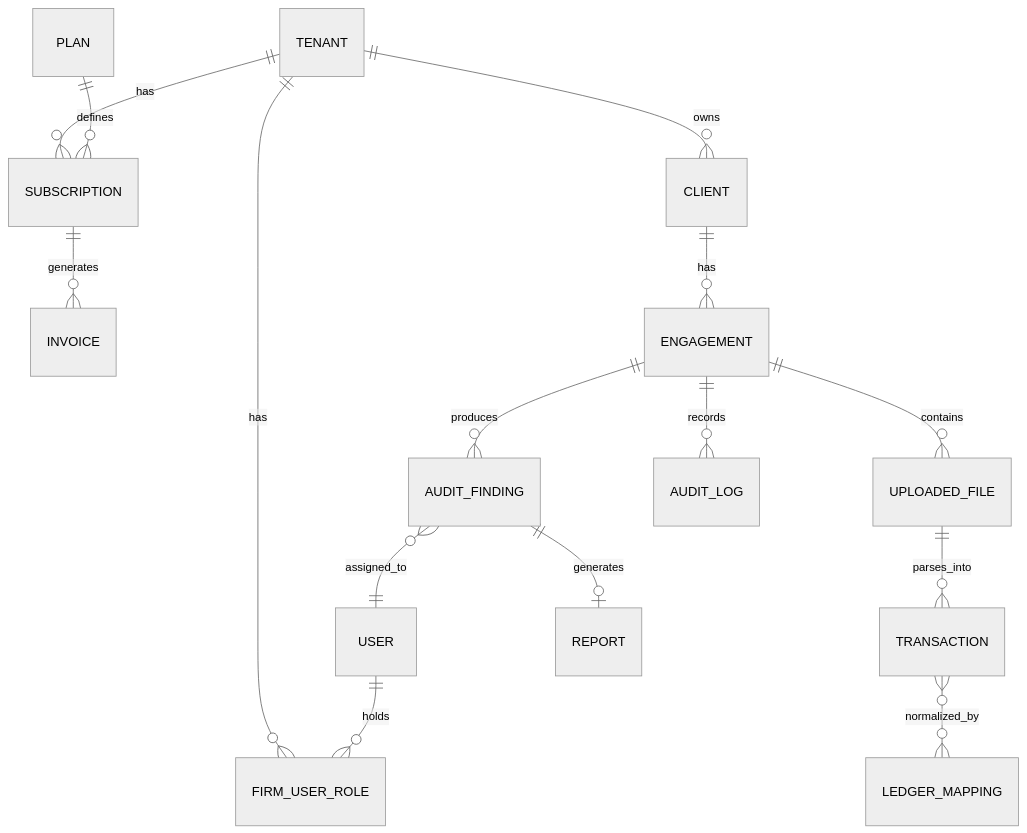
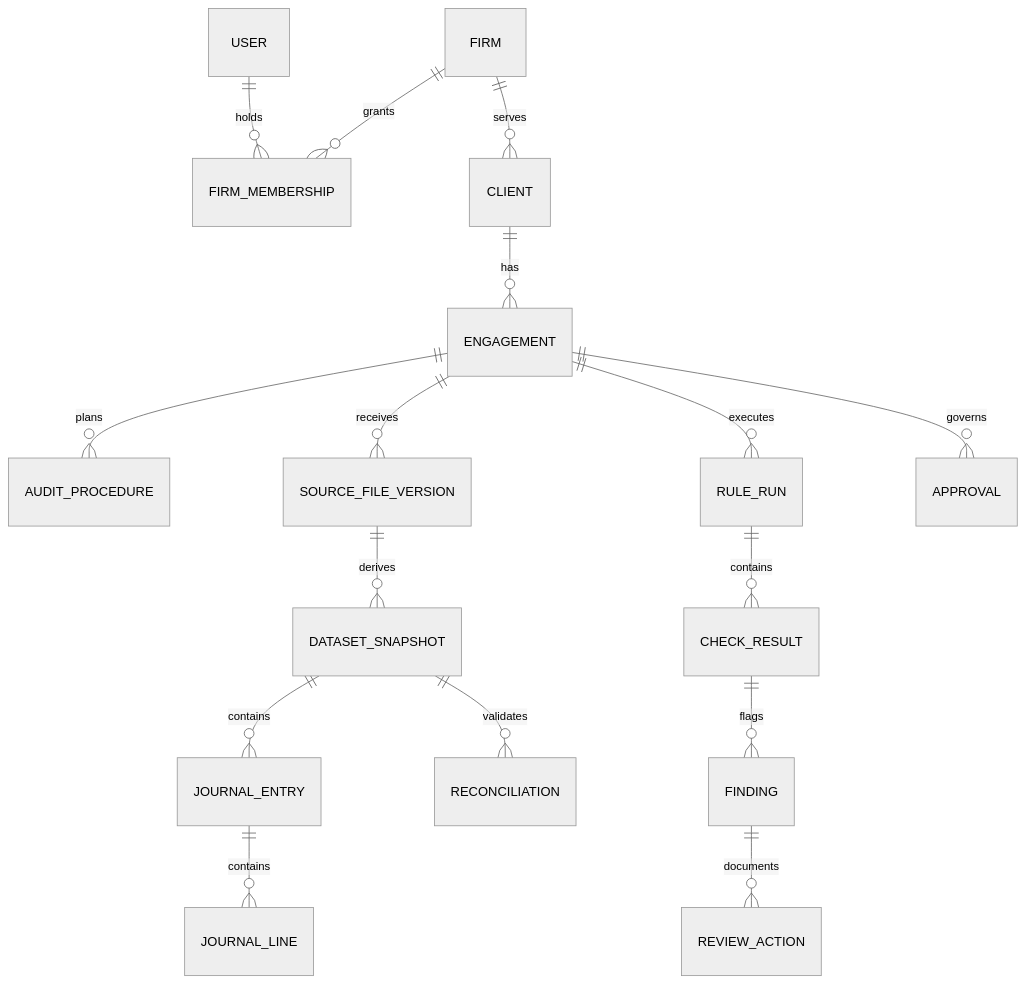
Before and after one commit to alokrathava/audit-intelligence-docs-site: the diagram in docs/architecture/data-model.md, drawn with Mermaid (neutral theme). The commit also changed other lines of this file and 32 other files, not shown here.

Commit message:
docs: complete Audit Intelligence case study and resolve architectural contradictions

````diff
--- a/docs/architecture/data-model.md
+++ b/docs/architecture/data-model.md
@@ -30,17 +23,18 @@
 ```mermaid
 erDiagram
-    TENANT ||--o{ SUBSCRIPTION : has
-    TENANT ||--o{ FIRM_USER_ROLE : has
-    USER ||--o{ FIRM_USER_ROLE : holds
-    PLAN ||--o{ SUBSCRIPTION : defines
-    SUBSCRIPTION ||--o{ INVOICE : generates
-    TENANT ||--o{ CLIENT : owns
-    CLIENT ||--o{ ENGAGEMENT : has
-    ENGAGEMENT ||--o{ UPLOADED_FILE : contains
-    UPLOADED_FILE ||--o{ TRANSACTION : parses_into
-    TRANSACTION }o--o{ LEDGER_MAPPING : normalized_by
-    ENGAGEMENT ||--o{ AUDIT_FINDING : produces
-    AUDIT_FINDING ||--o| REPORT : generates
-    AUDIT_FINDING }o--|| USER : assigned_to
-    ENGAGEMENT ||--o{ AUDIT_LOG : records
+  FIRM ||--o{ FIRM_MEMBERSHIP : grants
+  USER ||--o{ FIRM_MEMBERSHIP : holds
+  FIRM ||--o{ CLIENT : serves
+  CLIENT ||--o{ ENGAGEMENT : has
+  ENGAGEMENT ||--o{ AUDIT_PROCEDURE : plans
+  ENGAGEMENT ||--o{ SOURCE_FILE_VERSION : receives
+  SOURCE_FILE_VERSION ||--o{ DATASET_SNAPSHOT : derives
+  DATASET_SNAPSHOT ||--o{ JOURNAL_ENTRY : contains
+  JOURNAL_ENTRY ||--o{ JOURNAL_LINE : contains
+  DATASET_SNAPSHOT ||--o{ RECONCILIATION : validates
+  ENGAGEMENT ||--o{ RULE_RUN : executes
+  RULE_RUN ||--o{ CHECK_RESULT : contains
+  CHECK_RESULT ||--o{ FINDING : flags
+  FINDING ||--o{ REVIEW_ACTION : documents
+  ENGAGEMENT ||--o{ APPROVAL : governs
 ```
````
